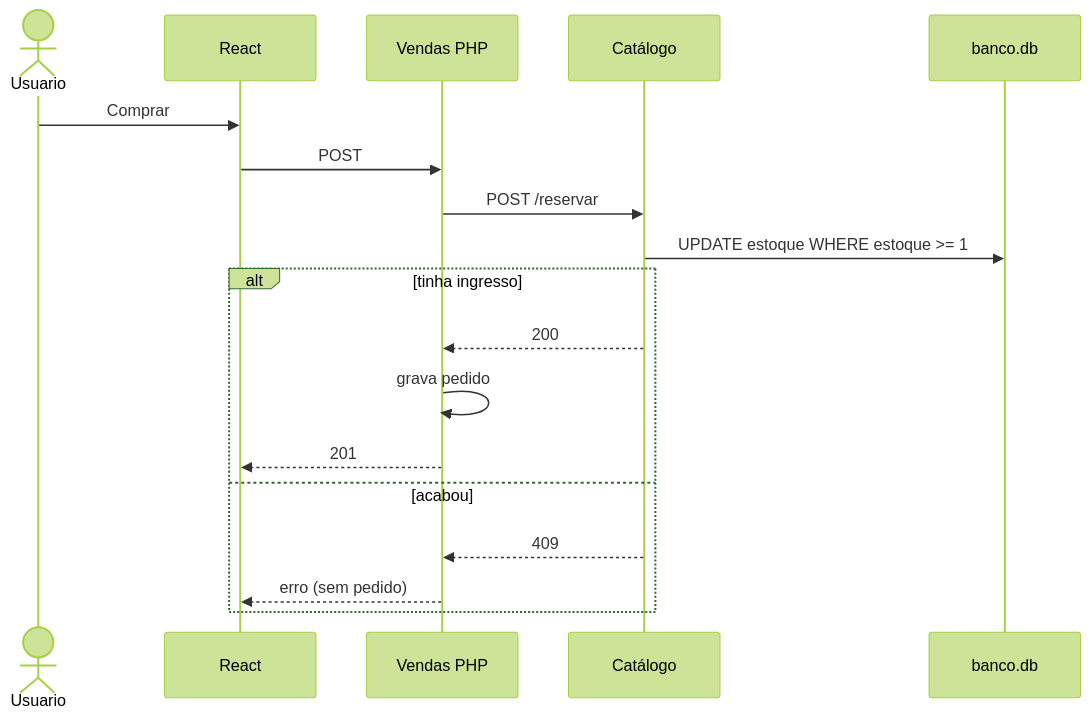
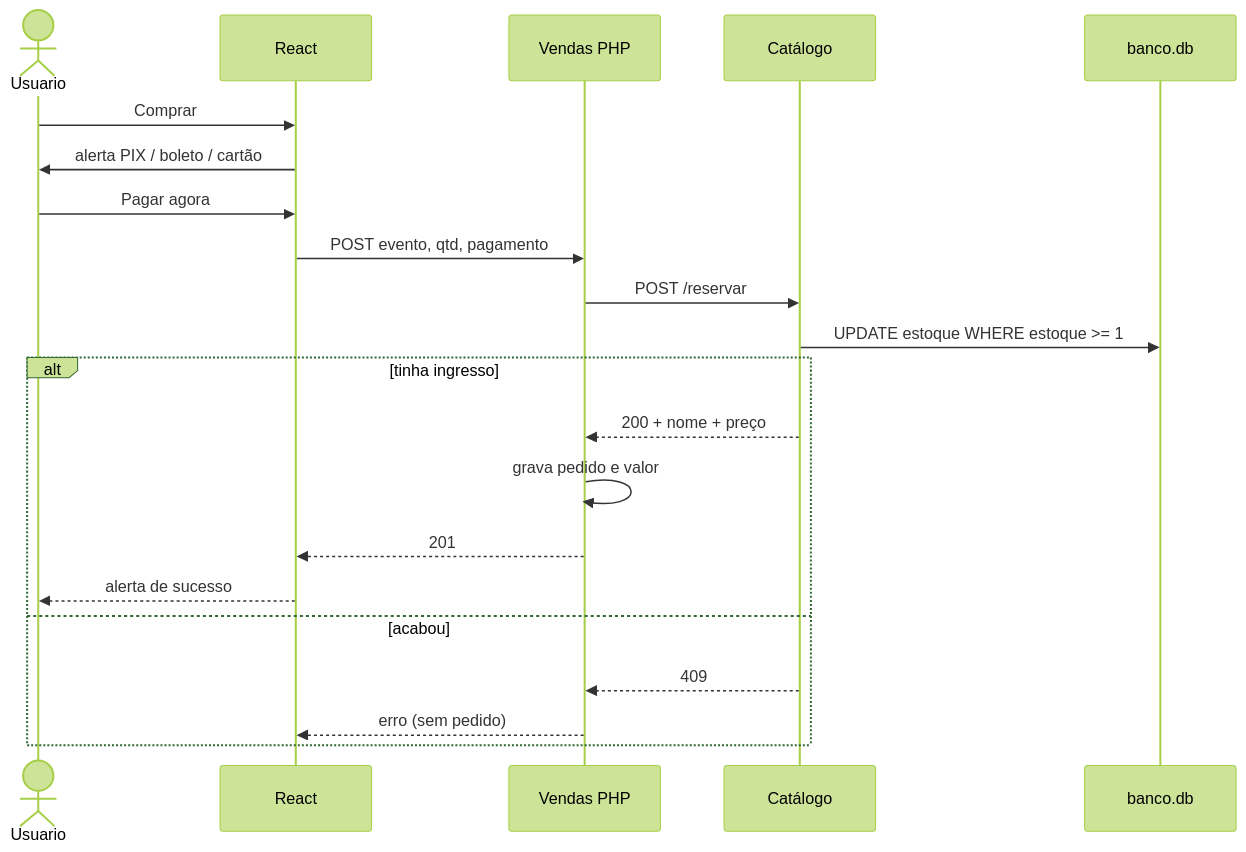
Before and after one commit to NelcinoJr/IngressoCerto: the second of 3 diagrams in README.md, drawn with Mermaid (forest theme). The commit also changed other lines of this file, not shown here.

````diff
--- a/README.md
+++ b/README.md
@@ -100,21 +102,24 @@
 ```mermaid
 sequenceDiagram
   actor Usuario
   participant React
   participant PHP as Vendas PHP
   participant Python as Catálogo
   participant DB as banco.db
 
   Usuario->>React: Comprar
-  React->>PHP: POST
+  React->>Usuario: alerta PIX / boleto / cartão
+  Usuario->>React: Pagar agora
+  React->>PHP: POST evento, qtd, pagamento
   PHP->>Python: POST /reservar
   Python->>DB: UPDATE estoque WHERE estoque >= 1
   alt tinha ingresso
-    Python-->>PHP: 200
-    PHP->>PHP: grava pedido
+    Python-->>PHP: 200 + nome + preço
+    PHP->>PHP: grava pedido e valor
     PHP-->>React: 201
+    React-->>Usuario: alerta de sucesso
   else acabou
     Python-->>PHP: 409
     PHP-->>React: erro (sem pedido)
   end
 ```
````
